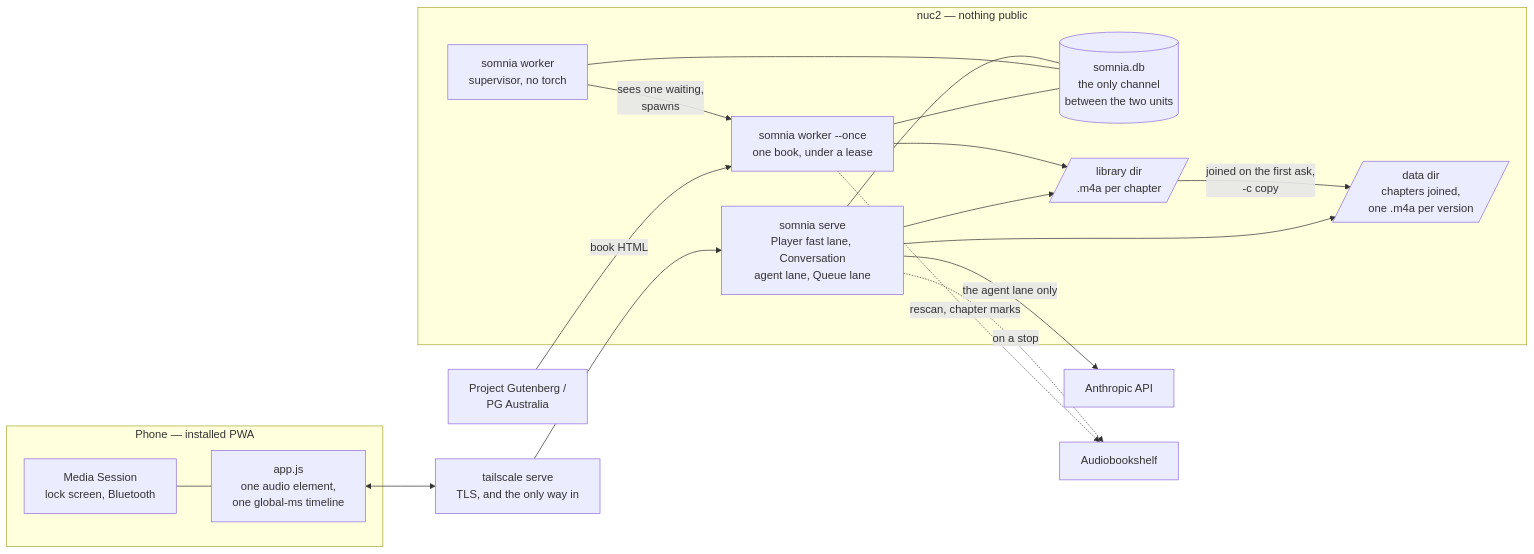
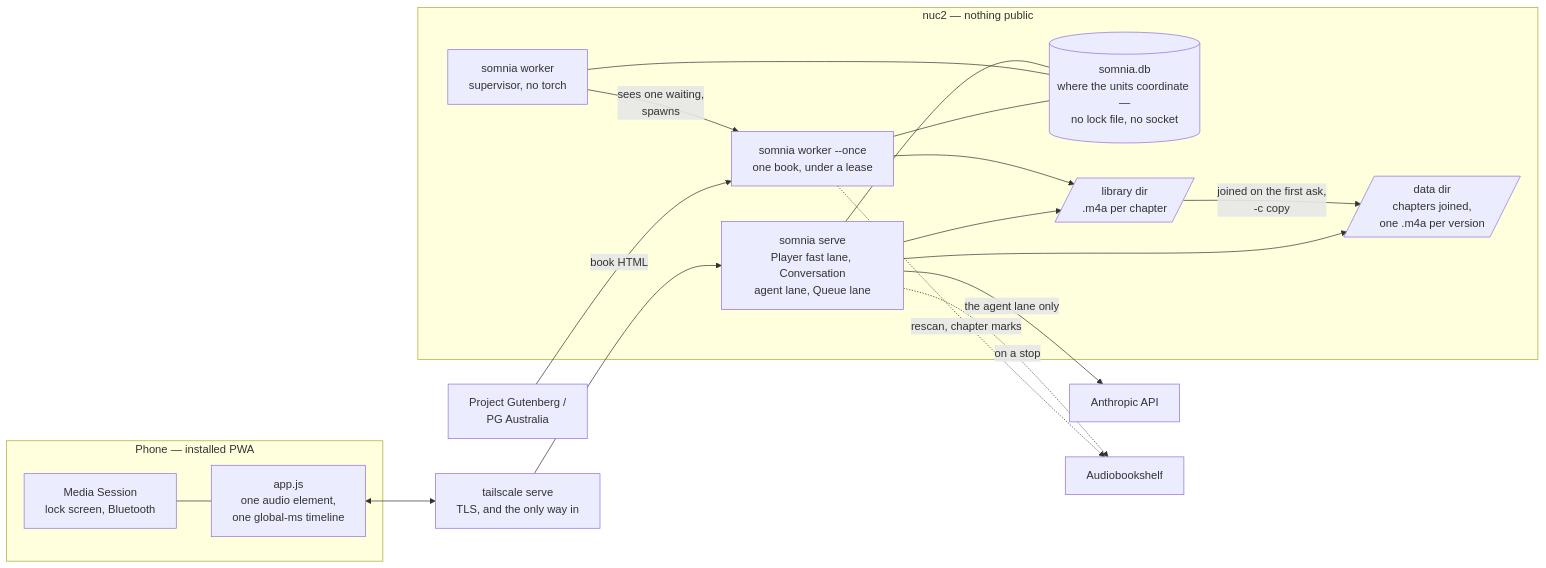
Before and after one commit to gilesknap/somnia: the first of 5 diagrams in docs/explanations/architecture.md, drawn with Mermaid.

Commit message:
Stop the db node claiming to be the only channel
CodeRabbit caught the label contradicting its own diagram: the same
picture draws child --> files and serve --> files, because the render
child writes the chapter m4a files and the server reads them back
through Player.chapter_file(). The database is not the only thing
crossing between the two units.

What the prose actually argues is narrower and still true — the queue
lives in sqlite rather than in a lock file or a socket, so a render's
progress and the request to stop it need no channel of their own. The
label now says that instead.

````diff
--- a/docs/explanations/architecture.md
+++ b/docs/explanations/architecture.md
@@ -31,36 +31,36 @@
 ```mermaid
 flowchart LR
   subgraph Phone["Phone — installed PWA"]
     ms["Media Session<br>lock screen, Bluetooth"] --- page["app.js<br>one audio element,<br>one global-ms timeline"]
   end
 
   ts["tailscale serve<br>TLS, and the only way in"]
 
   subgraph Box["nuc2 — nothing public"]
     serve["somnia serve<br>Player fast lane, Conversation<br>agent lane, Queue lane"]
     worker["somnia worker<br>supervisor, no torch"]
     child["somnia worker --once<br>one book, under a lease"]
-    db[("somnia.db<br>the only channel<br>between the two units")]
+    db[("somnia.db<br>where the units coordinate —<br>no lock file, no socket")]
     files[/"library dir<br>.m4a per chapter"/]
     joins[/"data dir<br>chapters joined,<br>one .m4a per version"/]
   end
 
   gut["Project Gutenberg /<br>PG Australia"]
   api["Anthropic API"]
   abs["Audiobookshelf"]
 
   page <--> ts
   ts --> serve
   worker -->|"sees one waiting,<br>spawns"| child
   gut -->|"book HTML"| child
   serve --- db
   worker --- db
   child --- db
   child --> files
   serve --> files
   files -->|"joined on the first ask,<br>-c copy"| joins
   serve --> joins
   serve -->|"the agent lane only"| api
   serve -.->|"on a stop"| abs
   child -.->|"rescan, chapter marks"| abs
 ```
````
